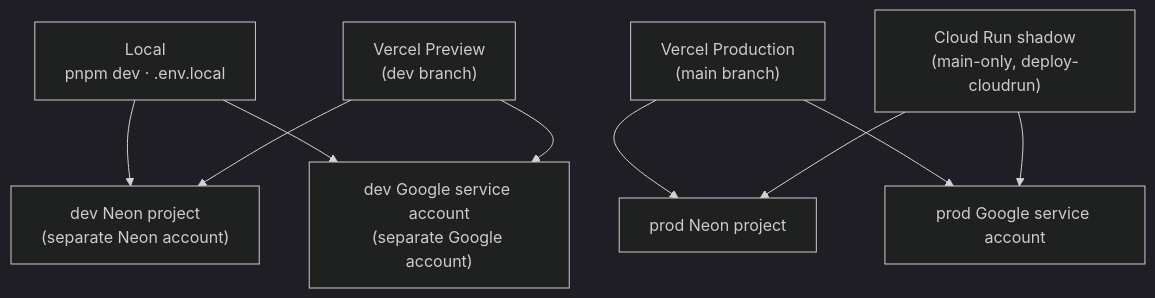
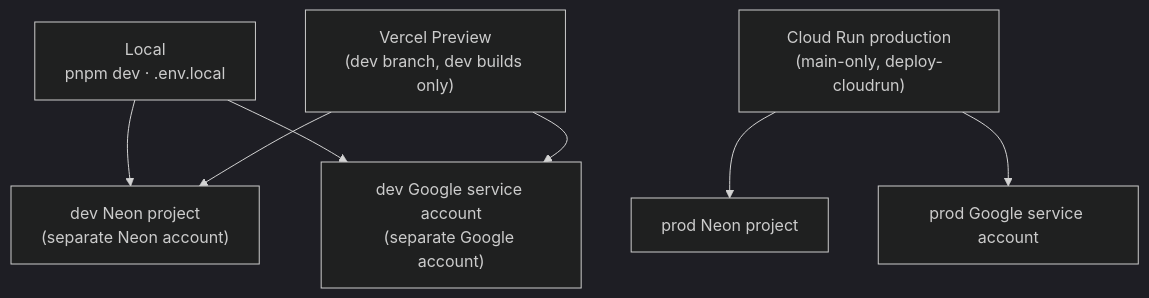
One commit to oncloudnintynineone-source/cloudy2 changed the third of 3 diagrams in docs/developer-guide.md. Above: the diagram before and after it, drawn with Mermaid (dark theme). The commit also changed other lines of this file and 12 other files, not shown here.

Commit message:
Update docs on production and dev env

````diff
--- a/docs/developer-guide.md
+++ b/docs/developer-guide.md
@@ -250,19 +252,16 @@
 ```mermaid
 flowchart TB
  A["Local<br/>pnpm dev · .env.local"]
- B["Vercel Preview<br/>(dev branch)"]
- C["Vercel Production<br/>(main branch)"]
- D["Cloud Run shadow<br/>(main-only, deploy-cloudrun)"]
+ B["Vercel Preview<br/>(dev branch, dev builds only)"]
+ C["Cloud Run production<br/>(main-only, deploy-cloudrun)"]
  NE1["dev Neon project<br/>(separate Neon account)"]
  GO1["dev Google service account<br/>(separate Google account)"]
  NE2["prod Neon project"]
  GO2["prod Google service account"]
  A --> NE1
  A --> GO1
  B --> NE1
  B --> GO1
  C --> NE2
  C --> GO2
- D --> NE2
- D --> GO2
 ```
````
